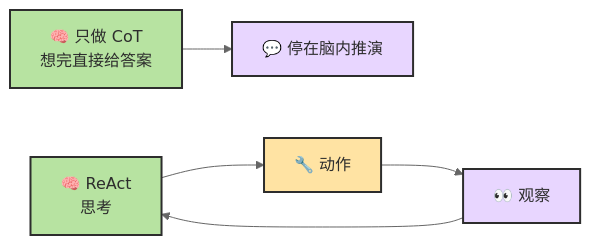
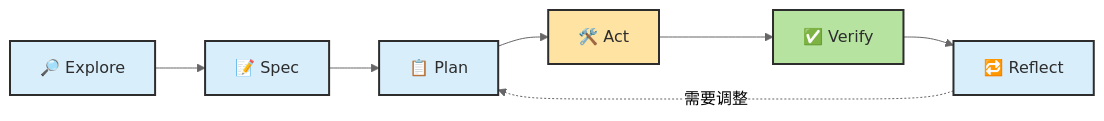
The fifth of 5 diagrams in docs/chapters/ch10-planning.md (zht043/AgenticCodingTutorial), drawn with Mermaid (neutral theme) before and after one commit. The commit also changed other lines of this file and 23 other files, not shown here.

````diff
--- a/docs/chapters/ch10-planning.md
+++ b/docs/chapters/ch10-planning.md
@@ -584,9 +211,9 @@
 ```mermaid
 flowchart LR
-    classDef reason fill:#b7e3a1,stroke:#2d2d2d,stroke-width:2px,color:#2d2d2d
+    classDef step fill:#d8eefb,stroke:#2d2d2d,stroke-width:2px,color:#2d2d2d
     classDef act fill:#ffe3a3,stroke:#2d2d2d,stroke-width:2px,color:#2d2d2d
-    classDef obs fill:#e8d6ff,stroke:#2d2d2d,stroke-width:2px,color:#2d2d2d
+    classDef check fill:#b7e3a1,stroke:#2d2d2d,stroke-width:2px,color:#2d2d2d
 
-    C["🧠 只做 CoT<br/>想完直接给答案"]:::reason --> D["💬 停在脑内推演"]:::obs
-    R["🧠 ReAct<br/>思考"]:::reason --> A["🔧 动作"]:::act --> O["👀 观察"]:::obs --> R
+    E["🔎 Explore"]:::step --> S["📝 Spec"]:::step --> P["📋 Plan"]:::step --> A["🛠️ Act"]:::act --> V["✅ Verify"]:::check --> R["🔁 Reflect"]:::step
+    R -.->|"需要调整"| P
 ```
````
